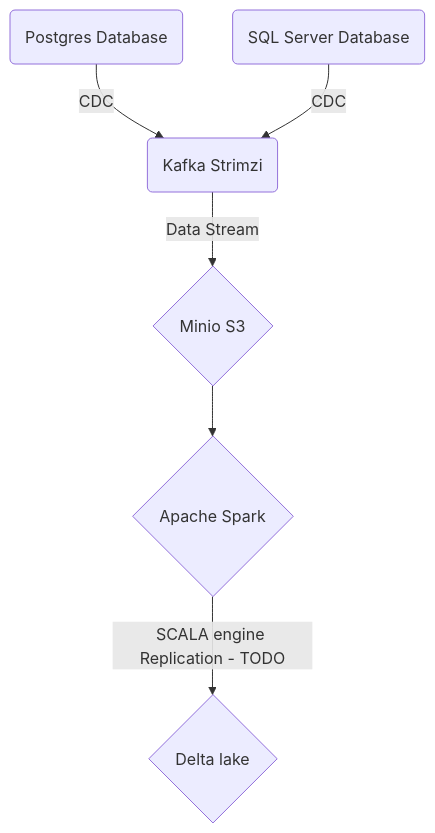
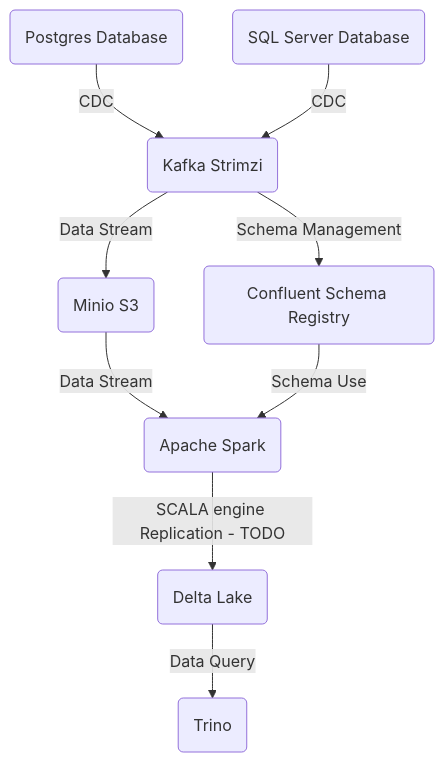
Before and after one commit to rogeriomm/labtools-k8s: the diagram in README.md, drawn with Mermaid.

````diff
--- a/README.md
+++ b/README.md
@@ -15,12 +15,15 @@
 ```mermaid
 flowchart TD
     Postgres(Postgres Database) -->|CDC| Kafka(Kafka Strimzi)
     SQLServer(SQL Server Database) -->|CDC| Kafka
-    ConsumerMinio --> ConsumerSpark{Apache Spark}
-    Kafka -->|Data Stream| ConsumerMinio{Minio S3}
-    ConsumerSpark --> |SCALA engine Replication - TODO| ConsumerSpardk{Delta lake}
+    Kafka -->|Data Stream| ConsumerMinio(Minio S3)
+    ConsumerMinio -->|Data Stream| ConsumerSpark(Apache Spark)
+    ConsumerSpark --> |SCALA engine Replication - TODO| ConsumerDelta(Delta Lake)
+    Kafka -->|Schema Management| SchemaRegistry(Confluent Schema Registry)
+    SchemaRegistry -->|Schema Use| ConsumerSpark
+    ConsumerDelta -->|Data Query| Trino(Trino)
 
     class Postgres,SQLServer database;
-    class Kafka kafka;
-    class Consumers consumers;
+    class Kafka,SchemaRegistry kafka;
+    class ConsumerMinio,ConsumerSpark,ConsumerDelta,Trino consumers;
 ```
````
